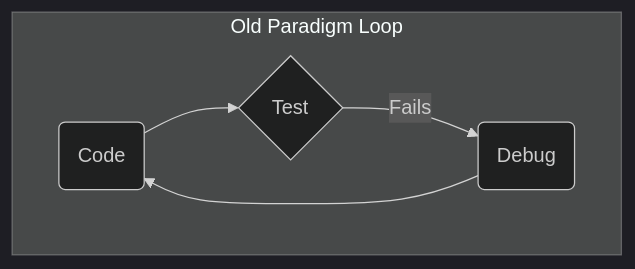
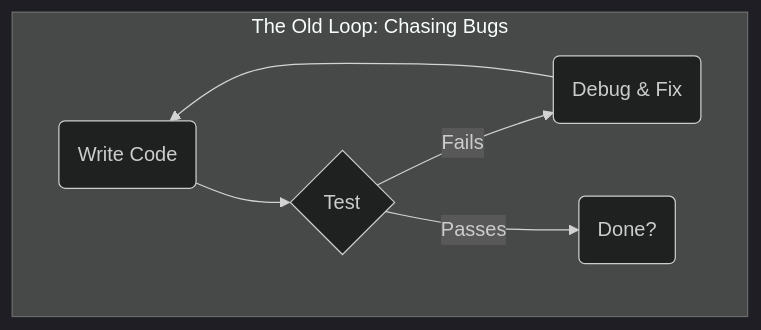
The first of 2 diagrams in 00-core.md (bahsim/idgl-dev-system), drawn with Mermaid (dark theme) before and after one commit. The commit also changed other lines of this file and 27 other files, not shown here.

````diff
--- a/00-core.md
+++ b/00-core.md
@@ -16,9 +26,10 @@
 ```mermaid
 graph TD
-    subgraph Old Paradigm Loop
+    subgraph "The Old Loop: Chasing Bugs"
         direction LR
-        A(Code) --> B{Test};
-        B -- Fails --> C(Debug);
+        A(Write Code) --> B{Test};
+        B -- Fails --> C(Debug & Fix);
         C --> A;
+        B -- Passes --> D(Done?);
     end
 ```
````
